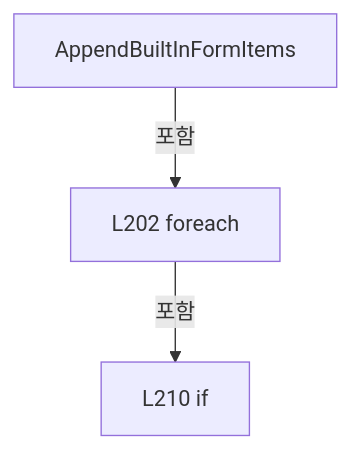
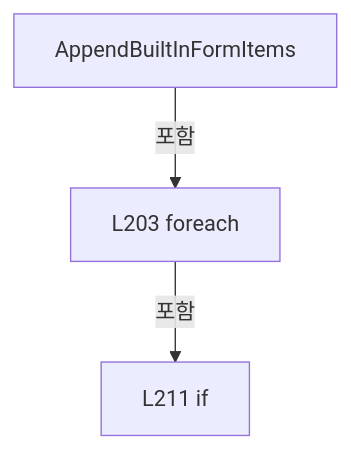
The third of 17 diagrams in A3 LD Code Ref/files/Drilling.File/JHMI/CSettingFile.cs.md (kjuws10-rgb/Shared), drawn with Mermaid before and after one commit. The commit also changed other lines of this file and 1984 other files, not shown here.

Commit message:
docs(a3): update 11.17.0 architecture and complete code reference

````diff
--- a/A3 LD Code Ref/files/Drilling.File/JHMI/CSettingFile.cs.md
+++ b/A3 LD Code Ref/files/Drilling.File/JHMI/CSettingFile.cs.md
@@ -993,8 +998,8 @@
 ```mermaid
 flowchart TD
  M["AppendBuiltInFormItems"]
- N0["L202 foreach"]
+ N0["L203 foreach"]
  M -->|포함| N0
- N1["L210 if"]
+ N1["L211 if"]
  N0 -->|포함| N1
 ```
````
